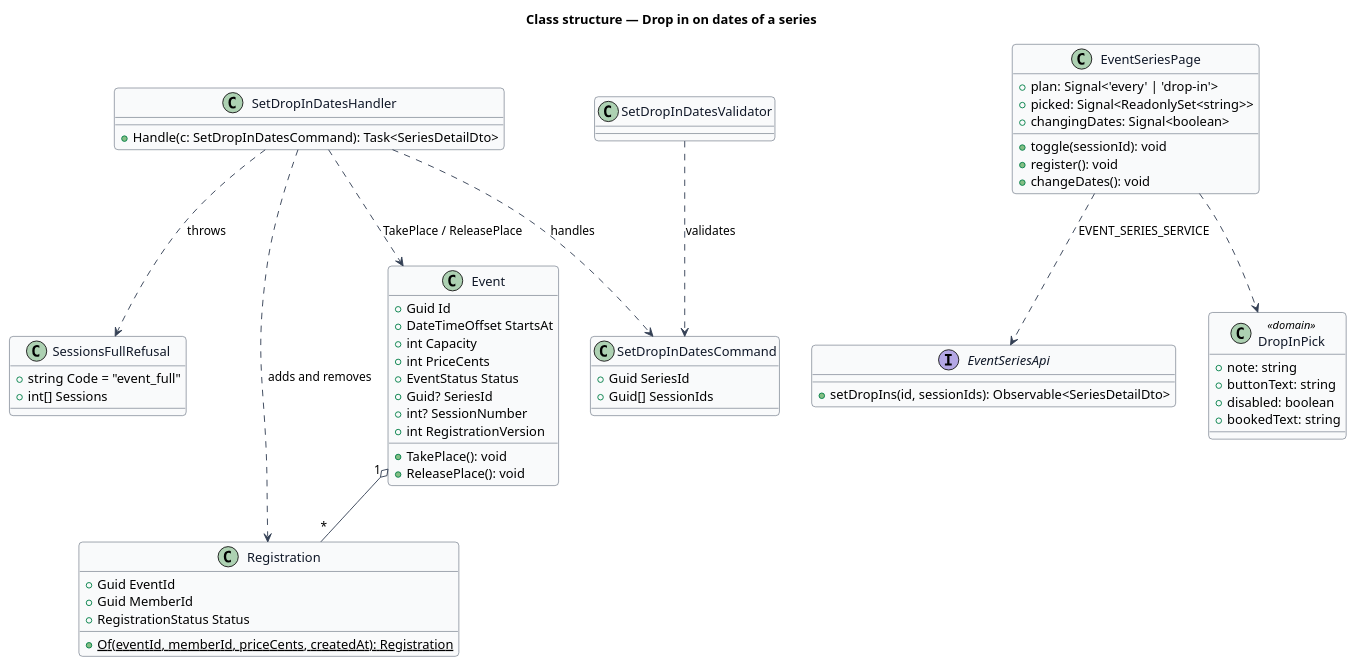
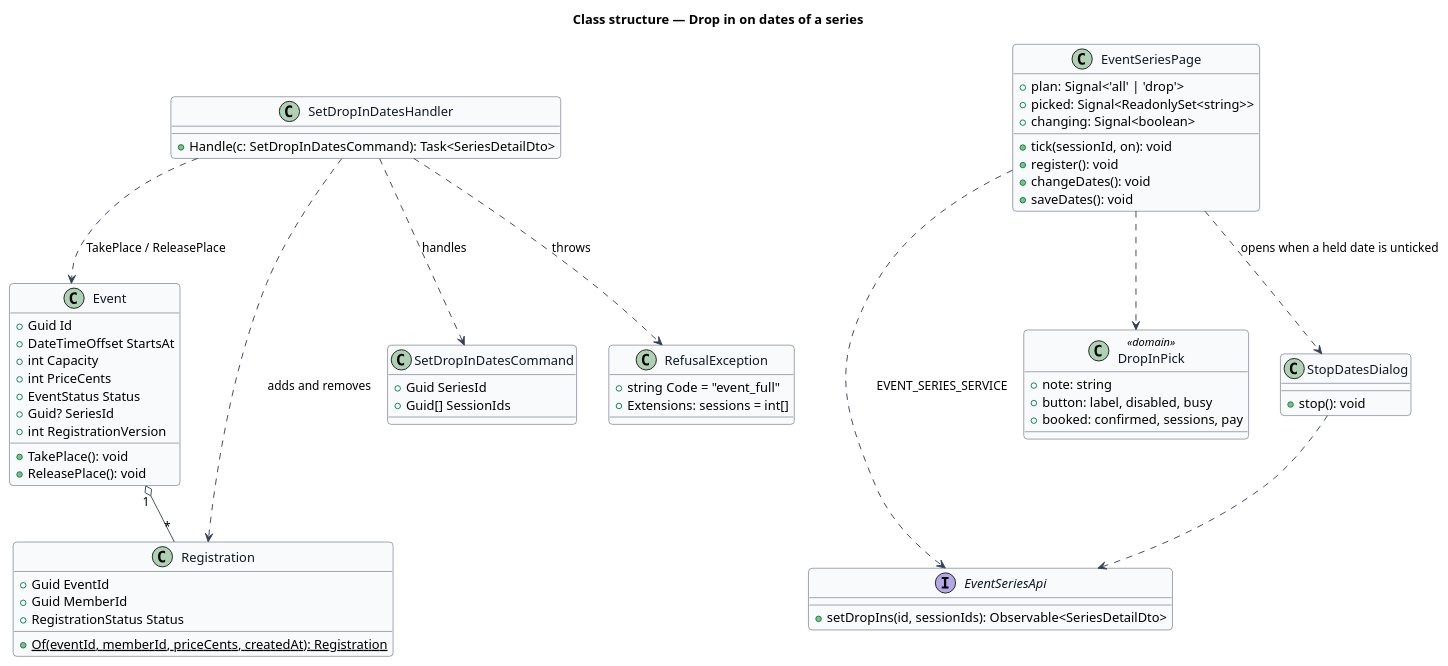
One commit to QuinntyneBrown/christian-fitness changed the diagram in docs/detailed-designs/events/drop-in-on-series-dates/diagrams/class.puml. Above: the diagram before and after it, drawn with PlantUML. The commit also changed 36 other files, not shown here.

First line of the commit message:
Journey 13: ADR 0102, the drop-in design amended, and the mock states for registering, changing dates, Full and a joined member's dates

```diff
--- a/docs/detailed-designs/events/drop-in-on-series-dates/diagrams/class.puml
+++ b/docs/detailed-designs/events/drop-in-on-series-dates/diagrams/class.puml
@@ -1,69 +1,71 @@
 @startuml
 skinparam backgroundColor #FFFFFF
 skinparam shadowing false
 skinparam roundcorner 8
 skinparam defaultFontName Arial
 skinparam ArrowColor #344054
 skinparam class {
   BorderColor #344054
   FontColor #101828
   BackgroundColor #F9FAFB
 }
 title Class structure — Drop in on dates of a series
 
 class Event {
   +Guid Id
   +DateTimeOffset StartsAt
   +int Capacity
   +int PriceCents
   +EventStatus Status
   +Guid? SeriesId
-  +int? SessionNumber
   +int RegistrationVersion
   +TakePlace(): void
   +ReleasePlace(): void
 }
 class Registration {
   +Guid EventId
   +Guid MemberId
   +RegistrationStatus Status
   +{static} Of(eventId, memberId, priceCents, createdAt): Registration
 }
 class SetDropInDatesCommand {
   +Guid SeriesId
   +Guid[] SessionIds
 }
-class SetDropInDatesValidator
 class SetDropInDatesHandler {
   +Handle(c: SetDropInDatesCommand): Task<SeriesDetailDto>
 }
-class SessionsFullRefusal {
+class RefusalException {
   +string Code = "event_full"
-  +int[] Sessions
+  +Extensions: sessions = int[]
 }
 interface EventSeriesApi {
   +setDropIns(id, sessionIds): Observable<SeriesDetailDto>
 }
 class EventSeriesPage {
-  +plan: Signal<'every' | 'drop-in'>
+  +plan: Signal<'all' | 'drop'>
   +picked: Signal<ReadonlySet<string>>
-  +changingDates: Signal<boolean>
-  +toggle(sessionId): void
+  +changing: Signal<boolean>
+  +tick(sessionId, on): void
   +register(): void
   +changeDates(): void
+  +saveDates(): void
 }
 class DropInPick <<domain>> {
   +note: string
-  +buttonText: string
-  +disabled: boolean
-  +bookedText: string
+  +button: label, disabled, busy
+  +booked: confirmed, sessions, pay
 }
+class StopDatesDialog {
+  +stop(): void
+}
+EventSeriesPage ..> StopDatesDialog : opens when a held date is unticked
+StopDatesDialog ..> EventSeriesApi
 EventSeriesPage ..> EventSeriesApi : EVENT_SERIES_SERVICE
 EventSeriesPage ..> DropInPick
 SetDropInDatesHandler ..> SetDropInDatesCommand : handles
-SetDropInDatesValidator ..> SetDropInDatesCommand : validates
 SetDropInDatesHandler ..> Registration : adds and removes
 SetDropInDatesHandler ..> Event : TakePlace / ReleasePlace
-SetDropInDatesHandler ..> SessionsFullRefusal : throws
+SetDropInDatesHandler ..> RefusalException : throws
 Event "1" o-- "*" Registration
 @enduml
```
